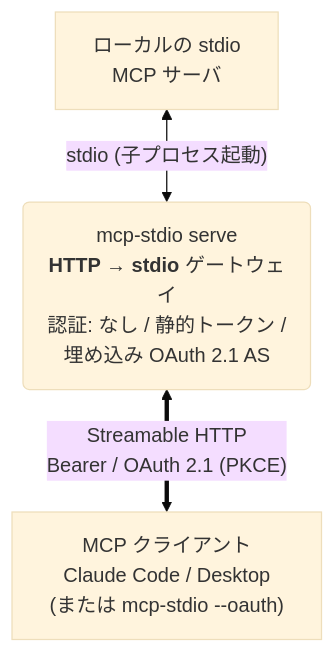
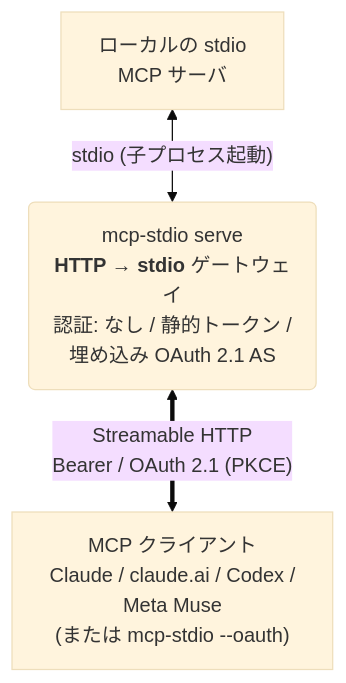
One commit to shigechika/mcp-stdio changed the second of 3 diagrams in README.ja.md. Above: the diagram before and after it, drawn with Mermaid (base theme). The commit also changed other lines of this file and 11 other files, not shown here.

First line of the commit message:
docs: show mcp-stdio works with non-Claude MCP clients (Codex, Meta Muse) (#482)

````diff
--- a/README.ja.md
+++ b/README.ja.md
@@ -288,8 +298,8 @@
 ```mermaid
 flowchart BT
-    A["MCP クライアント<br>Claude Code / Desktop<br>(または mcp-stdio --oauth)"]
+    A["MCP クライアント<br>Claude / claude.ai / Codex /<br>Meta Muse<br>(または mcp-stdio --oauth)"]
     B("mcp-stdio serve<br><b>HTTP → stdio</b> ゲートウェイ<br>認証: なし / 静的トークン /<br>埋め込み OAuth 2.1 AS")
     C["ローカルの stdio<br>MCP サーバ"]
     A <== "Streamable HTTP<br>Bearer / OAuth 2.1 (PKCE)" ==> B
     B <-- "stdio (子プロセス起動)" --> C
 ```
````
